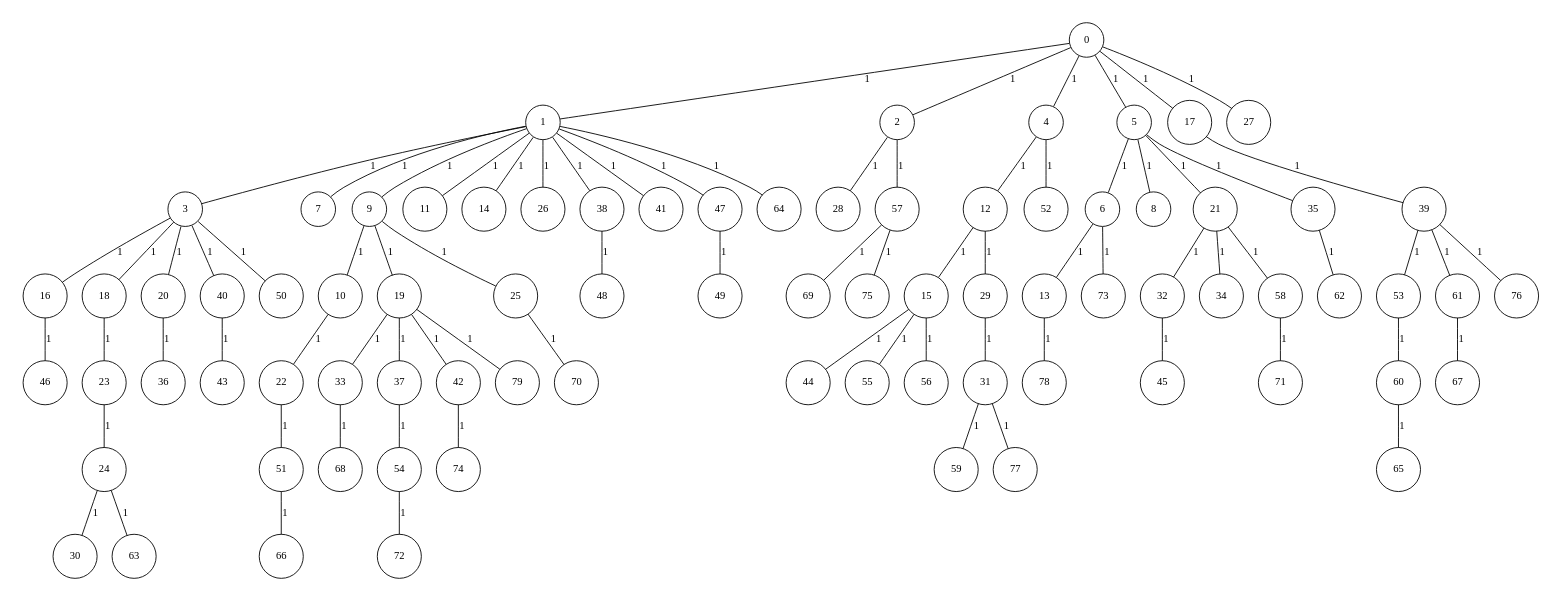
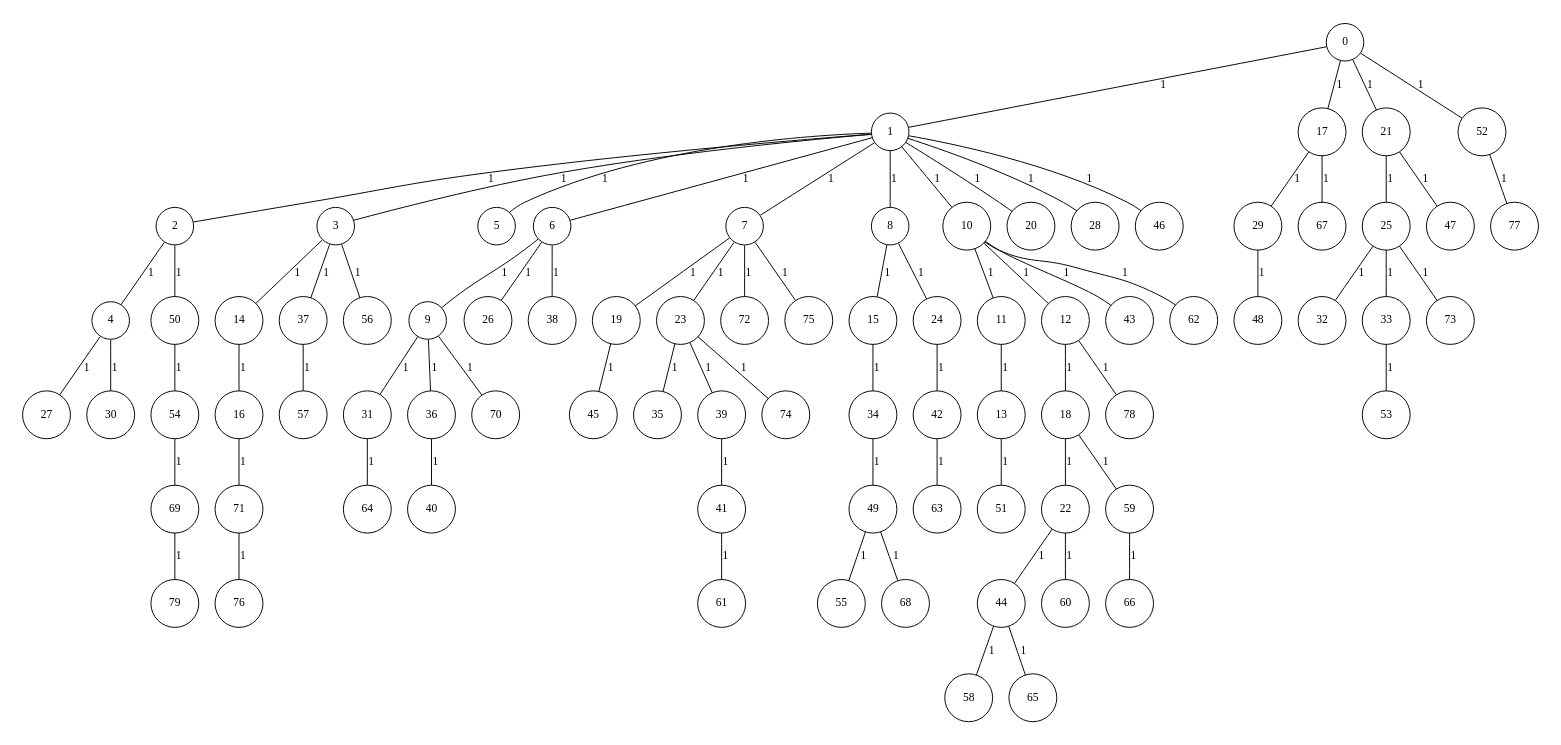
One commit to cardosodg/setcover-grasp changed the diagram in GraphGenerator/input/instGraph_80_5.txt.dot. Above: the diagram before and after it, drawn with Graphviz. The commit also changed 3448 other files, not shown here.

```diff
--- a/GraphGenerator/input/instGraph_80_5.txt.dot
+++ b/GraphGenerator/input/instGraph_80_5.txt.dot
@@ -1,169 +1,169 @@
 graph G {
 size="8.5,11;"
 ratio = "expand;"
 fixedsize="true;"
 overlap="scale;"
 node[shape=circle,width=.12,hight=.12,fontsize=12]
 edge[fontsize=12]
 
-0[label=" 0" color=black, pos="2.4056785,0.052057587!"];
-1[label=" 1" color=black, pos="1.6340429,1.6340549!"];
-2[label=" 2" color=black, pos="2.1942182,1.8004963!"];
-3[label=" 3" color=black, pos="0.73087846,2.946149!"];
-4[label=" 4" color=black, pos="1.2254506,1.7137466!"];
-5[label=" 5" color=black, pos="1.7204015,1.7156769!"];
-6[label=" 6" color=black, pos="2.905674,0.30577835!"];
-7[label=" 7" color=black, pos="1.6820815,2.211884!"];
-8[label=" 8" color=black, pos="2.5052618,0.2814877!"];
-9[label=" 9" color=black, pos="2.4004795,1.1684132!"];
-10[label=" 10" color=black, pos="0.18021181,2.3462989!"];
-11[label=" 11" color=black, pos="1.6761613,0.27540086!"];
-12[label=" 12" color=black, pos="0.77399533,2.8930671!"];
-13[label=" 13" color=black, pos="2.1445809,2.5335444!"];
-14[label=" 14" color=black, pos="1.5034317,0.19922854!"];
-15[label=" 15" color=black, pos="0.28033852,0.27327316!"];
-16[label=" 16" color=black, pos="0.67505421,1.924905!"];
-17[label=" 17" color=black, pos="0.47030346,0.67023131!"];
-18[label=" 18" color=black, pos="1.0622277,1.5616055!"];
-19[label=" 19" color=black, pos="1.3089781,0.64000093!"];
-20[label=" 20" color=black, pos="0.82615388,1.5773702!"];
-21[label=" 21" color=black, pos="2.1418121,0.020989732!"];
-22[label=" 22" color=black, pos="1.9502375,1.830757!"];
-23[label=" 23" color=black, pos="1.6313309,2.0161763!"];
-24[label=" 24" color=black, pos="0.65879098,0.38191872!"];
-25[label=" 25" color=black, pos="0.034399429,1.7796097!"];
-26[label=" 26" color=black, pos="2.0686802,1.8350162!"];
-27[label=" 27" color=black, pos="2.1782217,1.4606318!"];
-28[label=" 28" color=black, pos="2.0080852,1.9751103!"];
-29[label=" 29" color=black, pos="1.1489167,2.795141!"];
-30[label=" 30" color=black, pos="0.21631833,2.3297302!"];
-31[label=" 31" color=black, pos="0.72992808,1.1540342!"];
-32[label=" 32" color=black, pos="2.2869877,0.5178135!"];
-33[label=" 33" color=black, pos="2.588103,1.4180143!"];
-34[label=" 34" color=black, pos="1.6386385,0.034441575!"];
-35[label=" 35" color=black, pos="1.7280476,2.8212357!"];
-36[label=" 36" color=black, pos="0.5330754,2.88603!"];
-37[label=" 37" color=black, pos="0.79244606,1.7811463!"];
-38[label=" 38" color=black, pos="0.30706902,0.85641357!"];
-39[label=" 39" color=black, pos="0.456783,2.4257162!"];
-40[label=" 40" color=black, pos="2.5464008,2.0651579!"];
-41[label=" 41" color=black, pos="2.2409529,2.791287!"];
-42[label=" 42" color=black, pos="0.73620273,2.6964515!"];
-43[label=" 43" color=black, pos="0.32080195,1.2003831!"];
-44[label=" 44" color=black, pos="1.3140332,2.5358695!"];
-45[label=" 45" color=black, pos="1.7675843,0.1152436!"];
-46[label=" 46" color=black, pos="0.42789231,2.1116504!"];
-47[label=" 47" color=black, pos="2.982105,0.62844605!"];
-48[label=" 48" color=black, pos="0.48089619,2.6630095!"];
-49[label=" 49" color=black, pos="1.1767761,0.6014404!"];
-50[label=" 50" color=black, pos="1.2800251,2.3772292!"];
-51[label=" 51" color=black, pos="0.81557903,1.4547044!"];
-52[label=" 52" color=black, pos="0.66402558,0.23609139!"];
-53[label=" 53" color=black, pos="0.30758969,1.5062631!"];
-54[label=" 54" color=black, pos="1.3229922,2.6201573!"];
-55[label=" 55" color=black, pos="2.15528,0.83360293!"];
-56[label=" 56" color=black, pos="2.9422073,0.35802527!"];
-57[label=" 57" color=black, pos="0.95090903,1.0319623!"];
-58[label=" 58" color=black, pos="0.25735755,2.8317613!"];
-59[label=" 59" color=black, pos="0.98680394,0.20254875!"];
-60[label=" 60" color=black, pos="0.27703959,0.082439351!"];
-61[label=" 61" color=black, pos="2.7899751,2.3201113!"];
-62[label=" 62" color=black, pos="2.2066159,2.4180645!"];
-63[label=" 63" color=black, pos="1.188872,0.99807217!"];
-64[label=" 64" color=black, pos="1.7482798,2.2500627!"];
-65[label=" 65" color=black, pos="2.3155631,2.930123!"];
-66[label=" 66" color=black, pos="1.6912166,1.6458572!"];
-67[label=" 67" color=black, pos="1.04835,0.32885008!"];
-68[label=" 68" color=black, pos="0.28704612,0.91001888!"];
-69[label=" 69" color=black, pos="2.9999919,1.1899885!"];
-70[label=" 70" color=black, pos="0.17039878,1.5685038!"];
-71[label=" 71" color=black, pos="1.8597204,0.49035002!"];
-72[label=" 72" color=black, pos="2.9226734,0.3071891!"];
-73[label=" 73" color=black, pos="1.0224378,2.8111572!"];
-74[label=" 74" color=black, pos="2.9991965,0.39167499!"];
-75[label=" 75" color=black, pos="0.3054204,1.3729361!"];
-76[label=" 76" color=black, pos="2.1318145,2.6694878!"];
-77[label=" 77" color=black, pos="1.5130851,0.33841424!"];
-78[label=" 78" color=black, pos="1.4675293,2.0427546!"];
-79[label=" 79" color=black, pos="1.473494,0.93524992!"];
+0[label=" 0" color=black, pos="0.67094124,0.8527448!"];
+1[label=" 1" color=black, pos="0.72960804,2.8974769!"];
+2[label=" 2" color=black, pos="2.7526427,2.3824636!"];
+3[label=" 3" color=black, pos="1.0812081,2.8579201!"];
+4[label=" 4" color=black, pos="1.2959796,1.0080322!"];
+5[label=" 5" color=black, pos="1.0456161,1.8451843!"];
+6[label=" 6" color=black, pos="0.1766963,0.61561342!"];
+7[label=" 7" color=black, pos="2.6106946,0.76281825!"];
+8[label=" 8" color=black, pos="1.8460864,1.0583354!"];
+9[label=" 9" color=black, pos="1.7545497,2.1473886!"];
+10[label=" 10" color=black, pos="1.1861307,0.8949443!"];
+11[label=" 11" color=black, pos="0.94336665,1.778467!"];
+12[label=" 12" color=black, pos="2.6538622,1.4068208!"];
+13[label=" 13" color=black, pos="0.90763413,0.099390967!"];
+14[label=" 14" color=black, pos="1.8146862,2.106464!"];
+15[label=" 15" color=black, pos="1.4438583,2.7070167!"];
+16[label=" 16" color=black, pos="0.48484531,2.8656391!"];
+17[label=" 17" color=black, pos="0.72116446,0.74658741!"];
+18[label=" 18" color=black, pos="0.54287987,2.174634!"];
+19[label=" 19" color=black, pos="1.3943961,2.7255928!"];
+20[label=" 20" color=black, pos="1.7396001,2.7477365!"];
+21[label=" 21" color=black, pos="1.3844187,2.7315647!"];
+22[label=" 22" color=black, pos="2.5621319,0.62448577!"];
+23[label=" 23" color=black, pos="1.707311,2.2959348!"];
+24[label=" 24" color=black, pos="1.0968545,1.4315513!"];
+25[label=" 25" color=black, pos="1.1746015,2.7253142!"];
+26[label=" 26" color=black, pos="0.81967041,1.2037279!"];
+27[label=" 27" color=black, pos="0.85304924,1.2623247!"];
+28[label=" 28" color=black, pos="2.0617342,0.23988365!"];
+29[label=" 29" color=black, pos="0.85718873,2.6452579!"];
+30[label=" 30" color=black, pos="1.8094771,0.42531076!"];
+31[label=" 31" color=black, pos="2.6012461,1.7089444!"];
+32[label=" 32" color=black, pos="0.88281946,2.5161196!"];
+33[label=" 33" color=black, pos="0.31863437,1.7749024!"];
+34[label=" 34" color=black, pos="1.141382,1.3523713!"];
+35[label=" 35" color=black, pos="0.90795099,1.5870806!"];
+36[label=" 36" color=black, pos="2.6247572,1.4158382!"];
+37[label=" 37" color=black, pos="2.7984126,2.9012666!"];
+38[label=" 38" color=black, pos="1.3308396,2.1246778!"];
+39[label=" 39" color=black, pos="1.0478229,2.6301863!"];
+40[label=" 40" color=black, pos="2.9741178,0.98806334!"];
+41[label=" 41" color=black, pos="2.3877396,1.431057!"];
+42[label=" 42" color=black, pos="2.741596,2.5235528!"];
+43[label=" 43" color=black, pos="1.3981242,1.6192323!"];
+44[label=" 44" color=black, pos="2.9375977,2.5048274!"];
+45[label=" 45" color=black, pos="0.096166431,2.3439!"];
+46[label=" 46" color=black, pos="0.73267123,1.3590917!"];
+47[label=" 47" color=black, pos="1.3021999,1.7111365!"];
+48[label=" 48" color=black, pos="1.1355839,1.5690698!"];
+49[label=" 49" color=black, pos="2.4621656,1.052445!"];
+50[label=" 50" color=black, pos="0.78355499,2.8533086!"];
+51[label=" 51" color=black, pos="2.6866312,0.20456057!"];
+52[label=" 52" color=black, pos="2.5076113,0.36023918!"];
+53[label=" 53" color=black, pos="2.1154818,0.030783823!"];
+54[label=" 54" color=black, pos="2.1727169,0.62864718!"];
+55[label=" 55" color=black, pos="1.3791536,0.7512344!"];
+56[label=" 56" color=black, pos="2.0389835,2.0380609!"];
+57[label=" 57" color=black, pos="2.320431,0.70491063!"];
+58[label=" 58" color=black, pos="1.6665038,1.2856652!"];
+59[label=" 59" color=black, pos="0.030760182,0.97736391!"];
+60[label=" 60" color=black, pos="2.1996137,1.1421493!"];
+61[label=" 61" color=black, pos="1.0417422,1.1632486!"];
+62[label=" 62" color=black, pos="1.5628087,2.6893758!"];
+63[label=" 63" color=black, pos="1.1316794,2.4566997!"];
+64[label=" 64" color=black, pos="2.7609145,2.6718119!"];
+65[label=" 65" color=black, pos="0.58526648,1.1853315!"];
+66[label=" 66" color=black, pos="2.9349418,0.60490524!"];
+67[label=" 67" color=black, pos="2.9612224,0.50407353!"];
+68[label=" 68" color=black, pos="0.91987224,2.4759316!"];
+69[label=" 69" color=black, pos="1.8191559,1.1760736!"];
+70[label=" 70" color=black, pos="2.4310759,2.3239268!"];
+71[label=" 71" color=black, pos="2.3060596,0.73341823!"];
+72[label=" 72" color=black, pos="0.27538707,1.1483196!"];
+73[label=" 73" color=black, pos="2.7819527,0.11242379!"];
+74[label=" 74" color=black, pos="0.80464774,1.6825966!"];
+75[label=" 75" color=black, pos="1.2995982,1.9267062!"];
+76[label=" 76" color=black, pos="2.8328929,2.1810849!"];
+77[label=" 77" color=black, pos="2.041818,2.0340134!"];
+78[label=" 78" color=black, pos="2.2226078,1.0356493!"];
+79[label=" 79" color=black, pos="0.13856673,2.5956416!"];
 0--1[label="1"]
-0--2[label="1"]
-0--4[label="1"]
-0--5[label="1"]
 0--17[label="1"]
-0--27[label="1"]
+0--21[label="1"]
+0--52[label="1"]
+1--2[label="1"]
 1--3[label="1"]
+1--5[label="1"]
+1--6[label="1"]
 1--7[label="1"]
-1--9[label="1"]
-1--11[label="1"]
-1--14[label="1"]
-1--26[label="1"]
-1--38[label="1"]
-1--41[label="1"]
-1--47[label="1"]
-1--64[label="1"]
-2--28[label="1"]
-2--57[label="1"]
-3--16[label="1"]
-3--18[label="1"]
-3--20[label="1"]
-3--40[label="1"]
-3--50[label="1"]
-4--12[label="1"]
-4--52[label="1"]
-5--6[label="1"]
-5--8[label="1"]
-5--21[label="1"]
-5--35[label="1"]
-6--13[label="1"]
-6--73[label="1"]
-9--10[label="1"]
-9--19[label="1"]
-9--25[label="1"]
-10--22[label="1"]
-12--15[label="1"]
-12--29[label="1"]
-13--78[label="1"]
-15--44[label="1"]
-15--55[label="1"]
-15--56[label="1"]
-16--46[label="1"]
-17--39[label="1"]
-18--23[label="1"]
-19--33[label="1"]
-19--37[label="1"]
-19--42[label="1"]
-19--79[label="1"]
-20--36[label="1"]
-21--32[label="1"]
-21--34[label="1"]
-21--58[label="1"]
-22--51[label="1"]
-23--24[label="1"]
-24--30[label="1"]
-24--63[label="1"]
-25--70[label="1"]
-29--31[label="1"]
-31--59[label="1"]
-31--77[label="1"]
-32--45[label="1"]
-33--68[label="1"]
-35--62[label="1"]
-37--54[label="1"]
-38--48[label="1"]
-39--53[label="1"]
-39--61[label="1"]
-39--76[label="1"]
-40--43[label="1"]
-42--74[label="1"]
-47--49[label="1"]
-51--66[label="1"]
-53--60[label="1"]
-54--72[label="1"]
-57--69[label="1"]
-57--75[label="1"]
-58--71[label="1"]
-60--65[label="1"]
-61--67[label="1"]
+1--8[label="1"]
+1--10[label="1"]
+1--20[label="1"]
+1--28[label="1"]
+1--46[label="1"]
+2--4[label="1"]
+2--50[label="1"]
+3--14[label="1"]
+3--37[label="1"]
+3--56[label="1"]
+4--27[label="1"]
+4--30[label="1"]
+6--9[label="1"]
+6--26[label="1"]
+6--38[label="1"]
+7--19[label="1"]
+7--23[label="1"]
+7--72[label="1"]
+7--75[label="1"]
+8--15[label="1"]
+8--24[label="1"]
+9--31[label="1"]
+9--36[label="1"]
+9--70[label="1"]
+10--11[label="1"]
+10--12[label="1"]
+10--43[label="1"]
+10--62[label="1"]
+11--13[label="1"]
+12--18[label="1"]
+12--78[label="1"]
+13--51[label="1"]
+14--16[label="1"]
+15--34[label="1"]
+16--71[label="1"]
+17--29[label="1"]
+17--67[label="1"]
+18--22[label="1"]
+18--59[label="1"]
+19--45[label="1"]
+21--25[label="1"]
+21--47[label="1"]
+22--44[label="1"]
+22--60[label="1"]
+23--35[label="1"]
+23--39[label="1"]
+23--74[label="1"]
+24--42[label="1"]
+25--32[label="1"]
+25--33[label="1"]
+25--73[label="1"]
+29--48[label="1"]
+31--64[label="1"]
+33--53[label="1"]
+34--49[label="1"]
+36--40[label="1"]
+37--57[label="1"]
+39--41[label="1"]
+41--61[label="1"]
+42--63[label="1"]
+44--58[label="1"]
+44--65[label="1"]
+49--55[label="1"]
+49--68[label="1"]
+50--54[label="1"]
+52--77[label="1"]
+54--69[label="1"]
+59--66[label="1"]
+69--79[label="1"]
+71--76[label="1"]
 
 }
```
